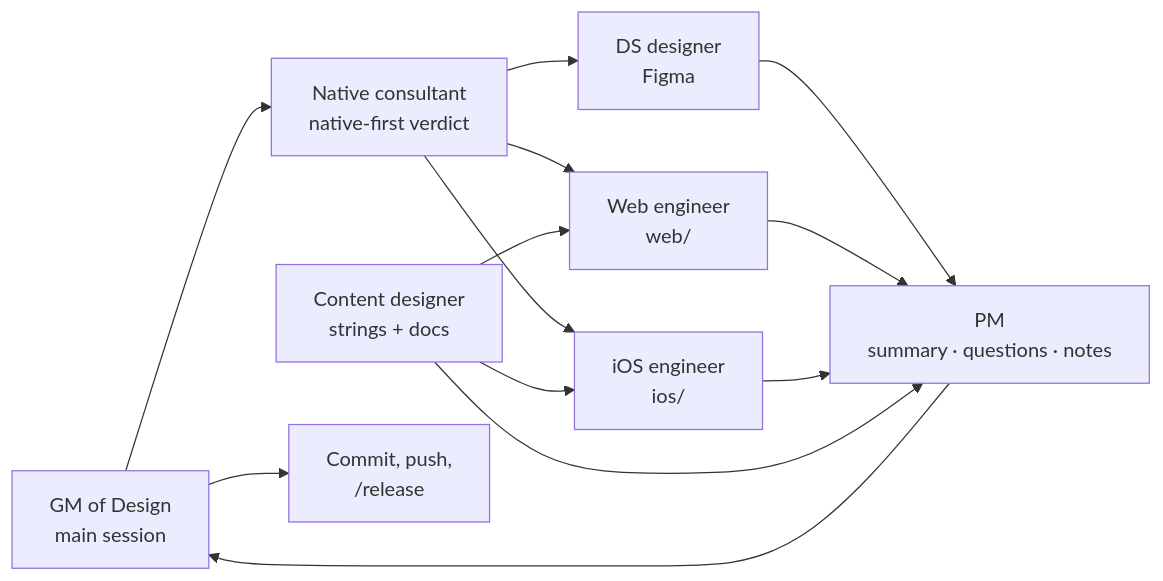
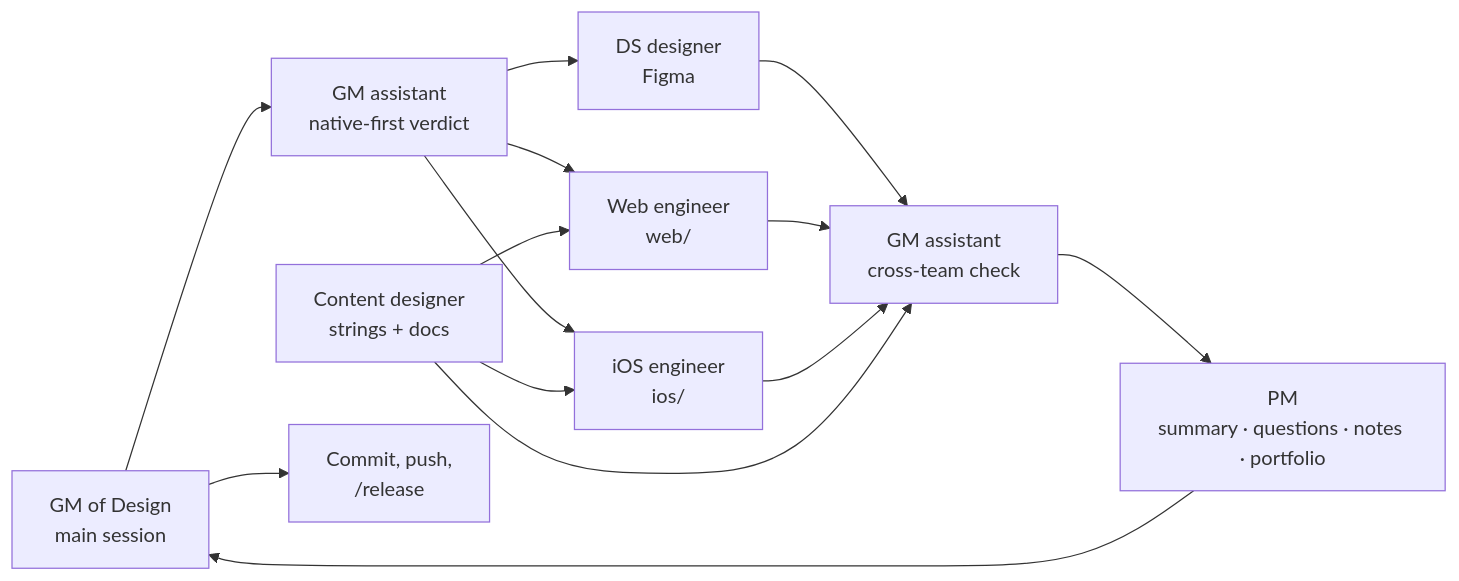
Before and after one commit to k619tw/yuanhhou-design-system: the third of 3 diagrams in docs/workflow.md, drawn with Mermaid. The commit also changed other lines of this file and 7 other files, not shown here.

First line of the commit message:
Add the GM assistant to the team and let it check everything

````diff
--- a/docs/workflow.md
+++ b/docs/workflow.md
@@ -92,15 +92,16 @@
 ```mermaid
 flowchart LR
-  GM["GM of Design<br/>main session"] --> RF["Native consultant<br/>native-first verdict"]
+  GM["GM of Design<br/>main session"] --> RF["GM assistant<br/>native-first verdict"]
   RF --> AK["DS designer<br/>Figma"]
   RF --> SM["Web engineer<br/>web/"]
   RF --> VT["iOS engineer<br/>ios/"]
   CJ["Content designer<br/>strings + docs"] --> SM
   CJ --> VT
-  AK --> PM["PM<br/>summary · questions · notes"]
-  SM --> PM
-  VT --> PM
-  CJ --> PM
+  AK --> RV["GM assistant<br/>cross-team check"]
+  SM --> RV
+  VT --> RV
+  CJ --> RV
+  RV --> PM["PM<br/>summary · questions · notes · portfolio"]
   PM --> GM
   GM --> REL["Commit, push,<br/>/release"]
 ```
````
